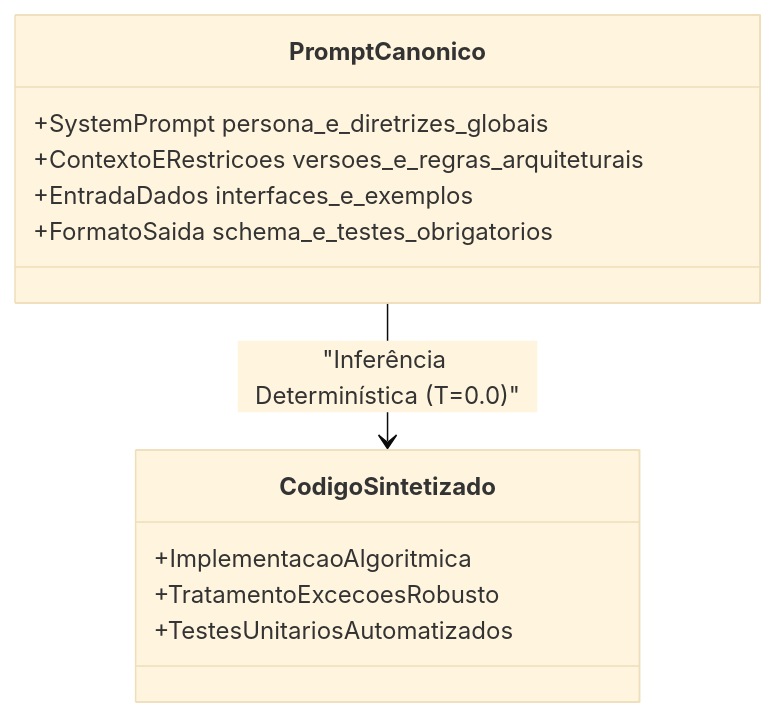
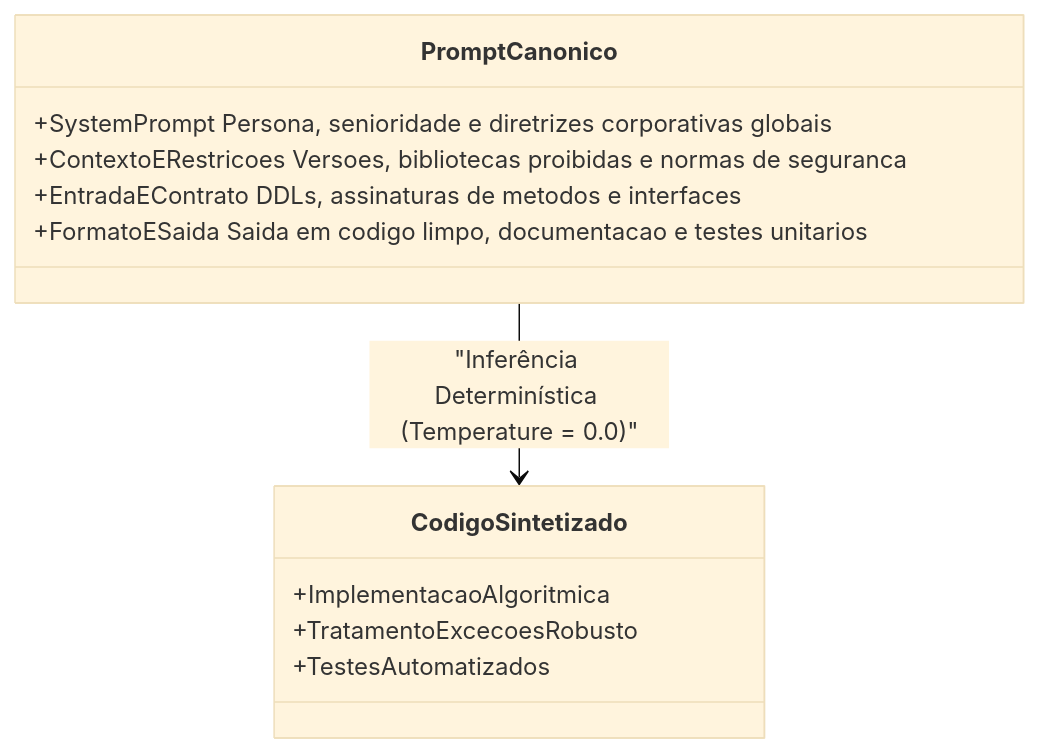
One commit to thiagosantos346/TCE-GO-2027 changed the fourth of 6 diagrams in fontes_de_estudo/conhecimentos_especificos_b02_ti/06_engenharia_software_ia_e_sistemas_agentivos/01_fundamentos_llms_intent_based_e_engenharia_de_prompts.md. Above: the diagram before and after it, drawn with Mermaid (base theme). The commit also changed other lines of this file and 119 other files, not shown here.

````diff
--- a/fontes_de_estudo/conhecimentos_especificos_b02_ti/06_engenharia_software_ia_e_sistemas_agentivos/01_fundamentos_llms_intent_based_e_engenharia_de_prompts.md
+++ b/fontes_de_estudo/conhecimentos_especificos_b02_ti/06_engenharia_software_ia_e_sistemas_agentivos/01_fundamentos_llms_intent_based_e_engenharia_de_prompts.md
@@ -163,15 +172,15 @@
 ```mermaid
 classDiagram
     class PromptCanonico {
-        +SystemPrompt persona_e_diretrizes_globais
-        +ContextoERestricoes versoes_e_regras_arquiteturais
-        +EntradaDados interfaces_e_exemplos
-        +FormatoSaida schema_e_testes_obrigatorios
+        +SystemPrompt Persona, senioridade e diretrizes corporativas globais
+        +ContextoERestricoes Versoes, bibliotecas proibidas e normas de seguranca
+        +EntradaEContrato DDLs, assinaturas de metodos e interfaces
+        +FormatoESaida Saida em codigo limpo, documentacao e testes unitarios
     }
     class CodigoSintetizado {
         +ImplementacaoAlgoritmica
         +TratamentoExcecoesRobusto
-        +TestesUnitariosAutomatizados
+        +TestesAutomatizados
     }
-    PromptCanonico --> CodigoSintetizado : "Inferência Determinística (T=0.0)"
+    PromptCanonico --> CodigoSintetizado : "Inferência Determinística (Temperature = 0.0)"
 ```
````
